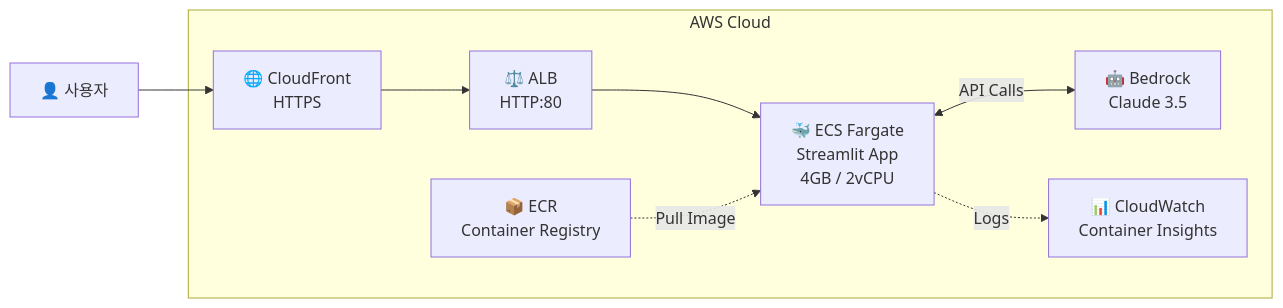
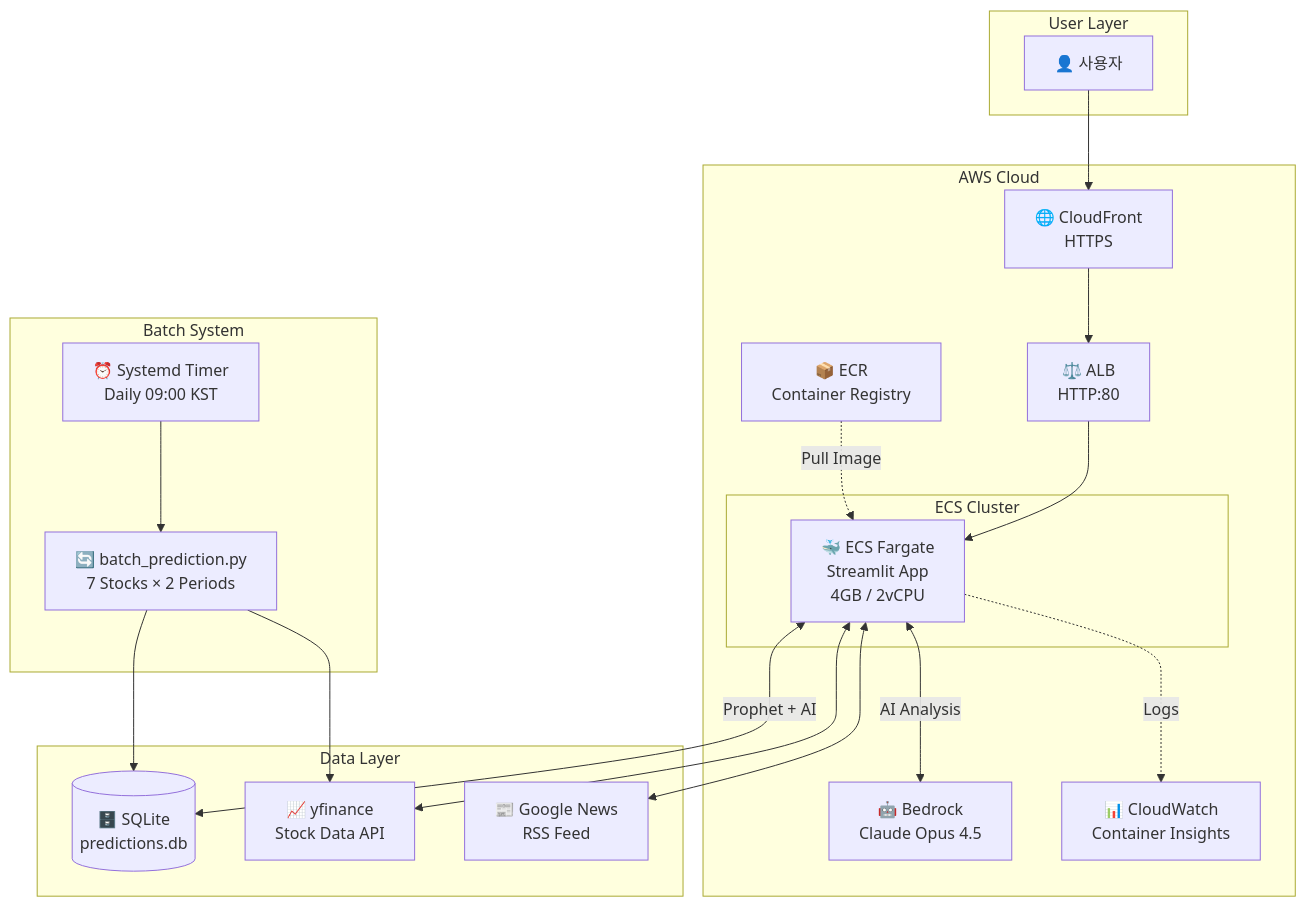
Before and after one commit to cheoljoo/stock-ai-agent: the diagram in README.md, drawn with Mermaid. The commit also changed other lines of this file and 8 other files, not shown here.

First line of the commit message:
Add batch prediction system and accuracy dashboard

````diff
--- a/README.md
+++ b/README.md
@@ -26,18 +28,43 @@
 ```mermaid
-flowchart LR
+flowchart TB
+    subgraph User Layer
+        User[👤 사용자]
+    end
+
     subgraph AWS Cloud
-        ECR[📦 ECR<br/>Container Registry]
         CF[🌐 CloudFront<br/>HTTPS]
         ALB[⚖️ ALB<br/>HTTP:80]
-        ECS[🐳 ECS Fargate<br/>Streamlit App<br/>4GB / 2vCPU]
-        Bedrock[🤖 Bedrock<br/>Claude 3.5]
+
+        subgraph ECS Cluster
+            ECS[🐳 ECS Fargate<br/>Streamlit App<br/>4GB / 2vCPU]
+        end
+
+        ECR[📦 ECR<br/>Container Registry]
+        Bedrock[🤖 Bedrock<br/>Claude Opus 4.5]
         CW[📊 CloudWatch<br/>Container Insights]
     end
 
-    User[👤 사용자] --> CF
+    subgraph Data Layer
+        SQLite[(🗄️ SQLite<br/>predictions.db)]
+        YFinance[📈 yfinance<br/>Stock Data API]
+        GoogleNews[📰 Google News<br/>RSS Feed]
+    end
+
+    subgraph Batch System
+        Timer[⏰ Systemd Timer<br/>Daily 09:00 KST]
+        BatchScript[🔄 batch_prediction.py<br/>7 Stocks × 2 Periods]
+    end
+
+    User --> CF
     CF --> ALB
     ALB --> ECS
-    ECS <--> |API Calls| Bedrock
+    ECS <--> |AI Analysis| Bedrock
+    ECS <--> |Prophet + AI| SQLite
+    ECS <--> YFinance
+    ECS <--> GoogleNews
     ECR -.-> |Pull Image| ECS
     ECS -.-> |Logs| CW
+    Timer --> BatchScript
+    BatchScript --> SQLite
+    BatchScript --> YFinance
 ```
````
